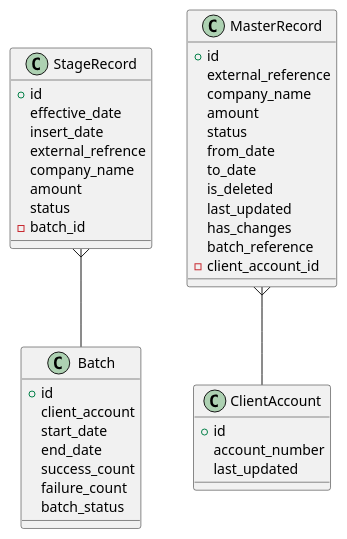
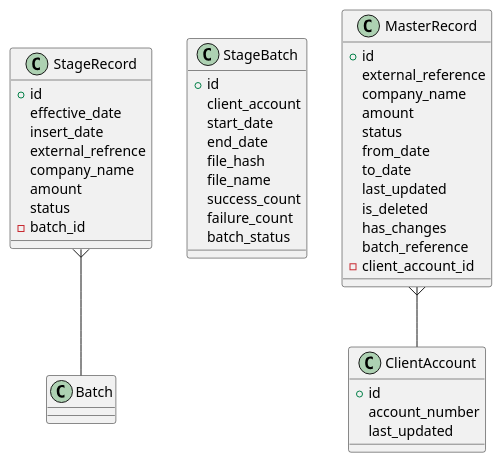
Before and after one commit to mariusvrstr/Python-SCD-ETL: the diagram in docs/database_design.puml, drawn with PlantUML. The commit also changed 16 other files, not shown here.

```diff
--- a/docs/database_design.puml
+++ b/docs/database_design.puml
@@ -1,48 +1,50 @@
 @startuml ERD Design
 
 class StageRecord {
     +id
     effective_date
     insert_date
     external_refrence
     company_name
     amount
     status
     -batch_id
 }
 
-class Batch {
+class StageBatch {
     +id
     client_account
     start_date
     end_date
+    file_hash
+    file_name
     success_count
     failure_count
     batch_status
 }
 
 class MasterRecord {
     +id
     external_reference
     company_name
     amount
     status
     from_date
     to_date
-    is_deleted
     last_updated
+    is_deleted    
     has_changes
     batch_reference
     -client_account_id
 }
 
 class ClientAccount {
     +id
     account_number
     last_updated
 }
 
 StageRecord }-- Batch
 MasterRecord }-- ClientAccount
 
 @enduml
```
